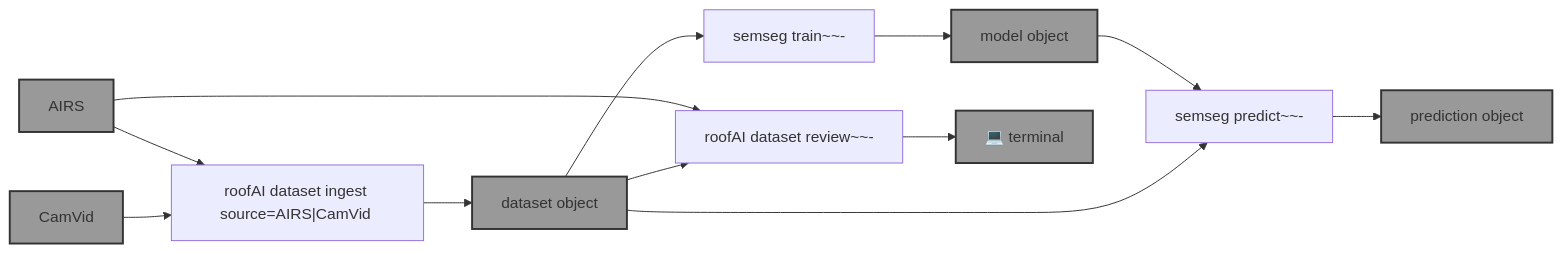
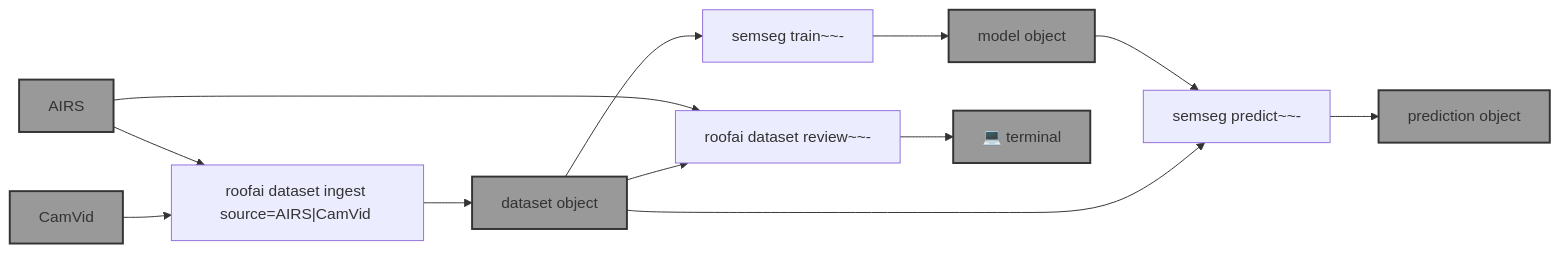
Before and after one commit to kamangir/roofAI: the diagram in template.md, drawn with Mermaid. The commit also changed other lines of this file and 26 other files, not shown here.

Commit message:
roofAI -> roofai - kamangir/bolt#746

````diff
--- a/template.md
+++ b/template.md
@@ -9,34 +9,34 @@
 ```mermaid
 graph LR
-    dataset_ingest["roofAI dataset ingest source=AIRS|CamVid <dataset-object-name>"]
+    dataset_ingest["roofai dataset ingest source=AIRS|CamVid <dataset-object-name>"]
 
-    dataset_review["roofAI dataset review~~- <dataset-object-name>"]
+    dataset_review["roofai dataset review~~- <dataset-object-name>"]
 
     semseg_train["semseg train~~- <dataset-object-name> <model-object-name>"]
 
     semseg_predict["semseg predict~~- <model-object-name> <dataset-object-name> <prediction-object-name>"]
 
     AIRS["AIRS"]:::folder
     CamVid["CamVid"]:::folder
     dataset_object_name["dataset object"]:::folder
     model_object_name["model object"]:::folder
     prediction_object_name["prediction object"]:::folder
     terminal["💻 terminal"]:::folder
 
     AIRS --> dataset_ingest
     CamVid --> dataset_ingest
     dataset_ingest --> dataset_object_name
 
     AIRS --> dataset_review
     dataset_object_name --> dataset_review
     dataset_review --> terminal
 
     dataset_object_name --> semseg_train
     semseg_train --> model_object_name
 
     model_object_name --> semseg_predict
     dataset_object_name --> semseg_predict
     semseg_predict --> prediction_object_name
 
     classDef folder fill:#999,stroke:#333,stroke-width:2px;
 ```
````
